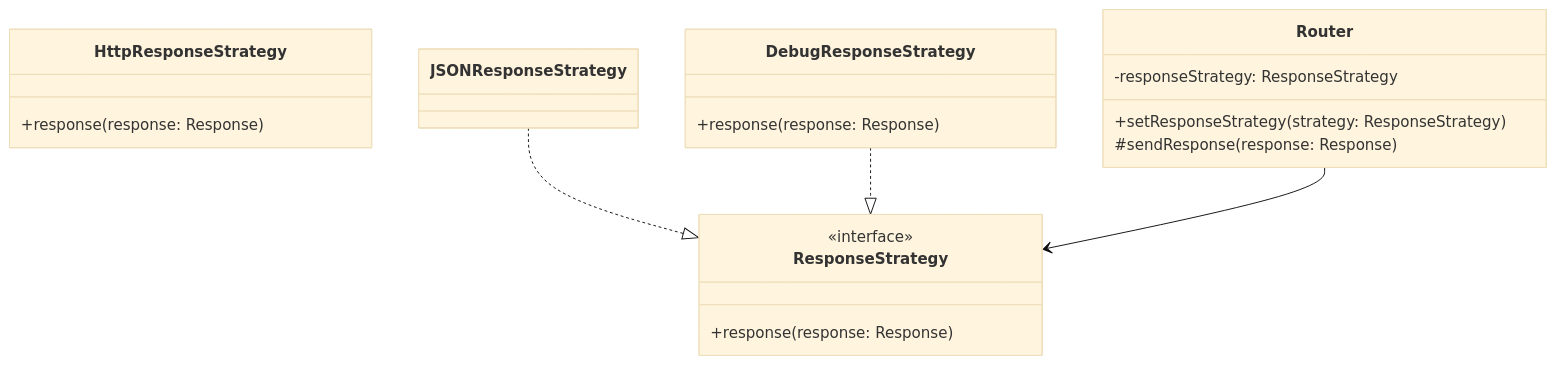
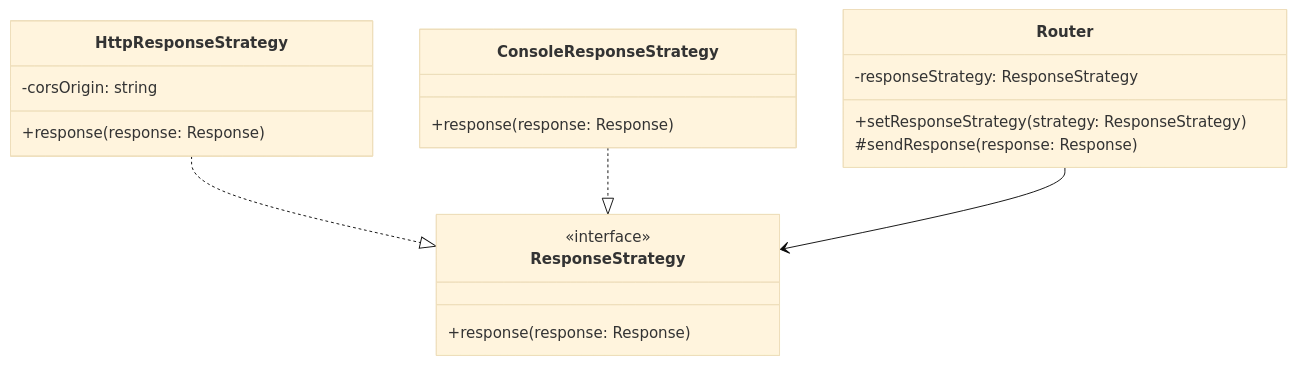
One commit to mb4dev/progetto-prova changed the second of 8 diagrams in consegna docu/design_pattern/backend.md. Above: the diagram before and after it, drawn with Mermaid (base theme). The commit also changed other lines of this file and 6 other files, not shown here.

````diff
--- a/consegna docu/design_pattern/backend.md
+++ b/consegna docu/design_pattern/backend.md
@@ -54,25 +83,26 @@
 ```mermaid
 classDiagram
 class ResponseStrategy {
     <<interface>>
     +response(response: Response)
 }
 
 class HttpResponseStrategy {
+    -corsOrigin: string
     +response(response: Response)
 }
 
-class DebugResponseStrategy {
+class ConsoleResponseStrategy {
     +response(response: Response)
 }
 
 class Router {
     -responseStrategy: ResponseStrategy
     +setResponseStrategy(strategy: ResponseStrategy)
     #sendResponse(response: Response)
 }
 
-JSONResponseStrategy ..|> ResponseStrategy
-DebugResponseStrategy ..|> ResponseStrategy
+HttpResponseStrategy ..|> ResponseStrategy
+ConsoleResponseStrategy ..|> ResponseStrategy
 Router --> ResponseStrategy
 ```
````
